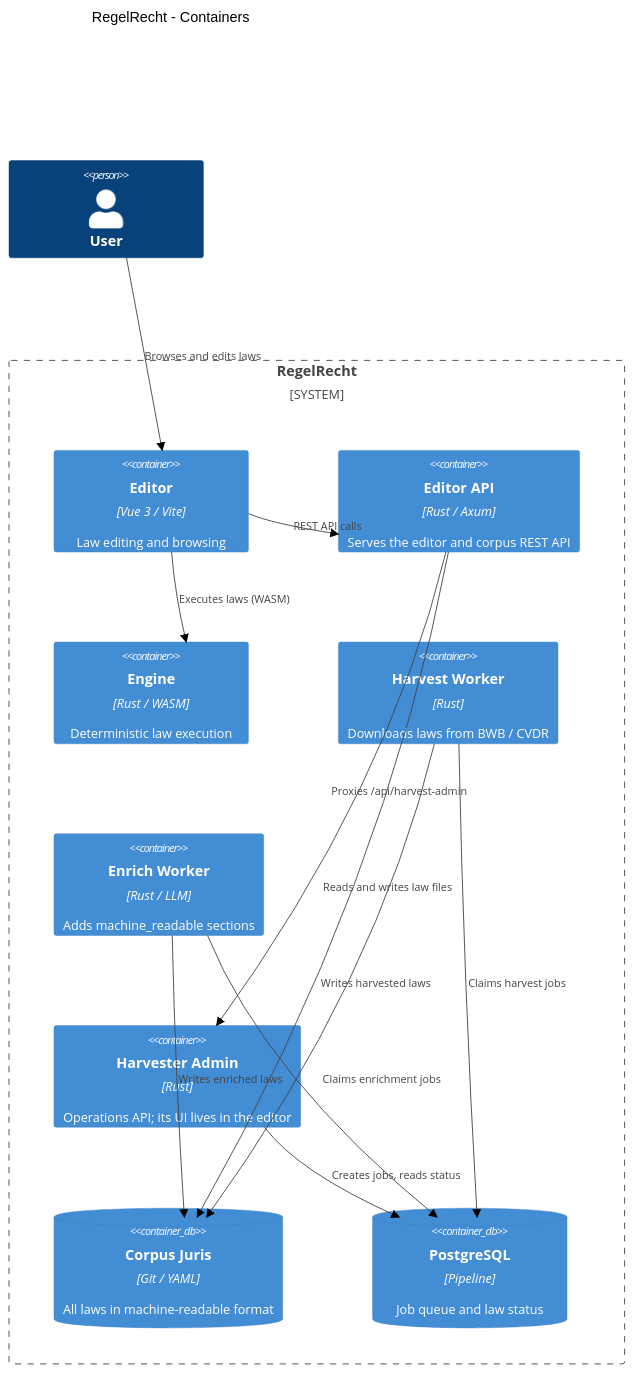
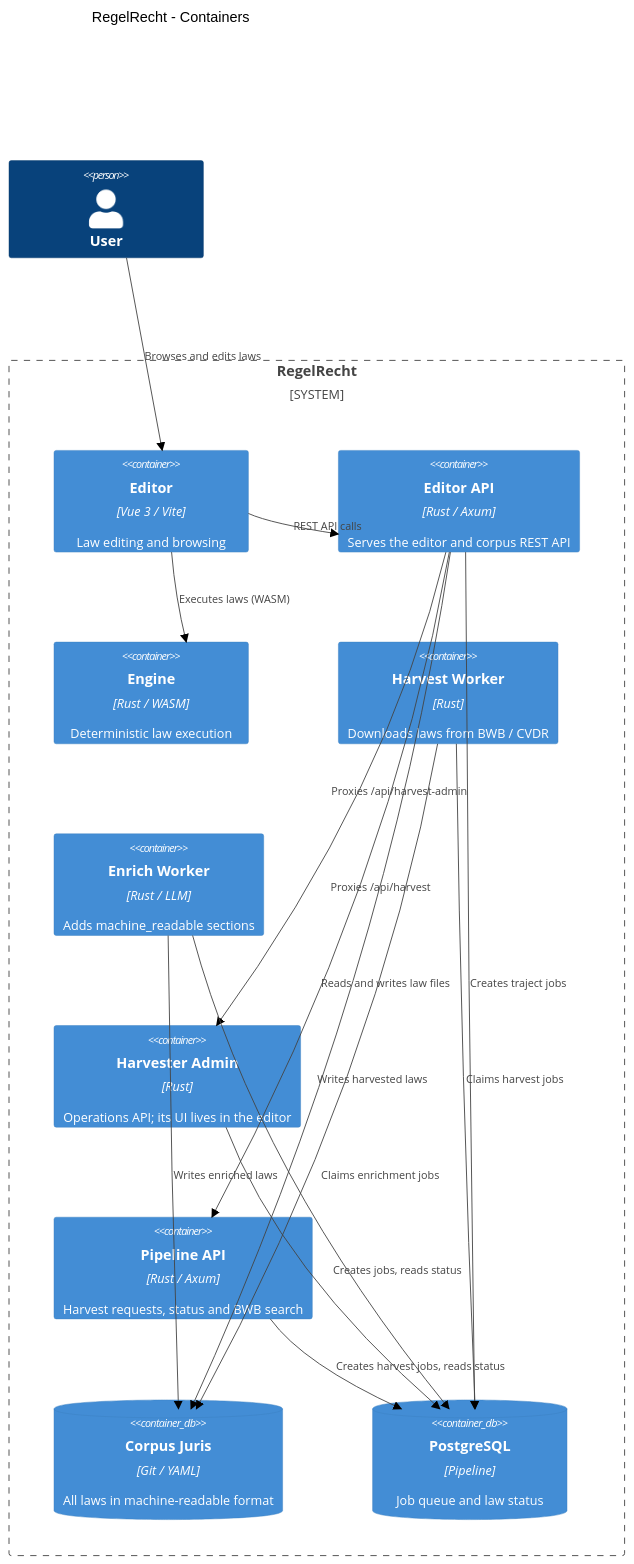
Before and after one commit to MinBZK/regelrecht: the second of 2 diagrams in docs/src/content/docs/guide/architecture.md, drawn with Mermaid (forest theme). The commit also changed other lines of this file and 6 other files, not shown here.

First line of the commit message:
docs: pipeline-api terug in het architectuuroverzicht en reviewpunten verwerkt

````diff
--- a/docs/src/content/docs/guide/architecture.md
+++ b/docs/src/content/docs/guide/architecture.md
@@ -29,28 +29,32 @@
 ```mermaid
 C4Container
     title RegelRecht - Containers
 
     Person(user, "User")
 
     System_Boundary(rr, "RegelRecht") {
         Container(editor, "Editor", "Vue 3 / Vite", "Law editing and browsing")
         Container(editorapi, "Editor API", "Rust / Axum", "Serves the editor and corpus REST API")
         Container(engine, "Engine", "Rust / WASM", "Deterministic law execution")
         Container(harvester, "Harvest Worker", "Rust", "Downloads laws from BWB / CVDR")
         Container(enrich, "Enrich Worker", "Rust / LLM", "Adds machine_readable sections")
         Container(admin, "Harvester Admin", "Rust", "Operations API; its UI lives in the editor")
+        Container(pipelineapi, "Pipeline API", "Rust / Axum", "Harvest requests, status and BWB search")
         ContainerDb(corpus, "Corpus Juris", "Git / YAML", "All laws in machine-readable format")
         ContainerDb(db, "PostgreSQL", "Pipeline", "Job queue and law status")
     }
 
     Rel(user, editor, "Browses and edits laws")
     Rel(editor, editorapi, "REST API calls")
     Rel(editor, engine, "Executes laws (WASM)")
     Rel(editorapi, corpus, "Reads and writes law files")
     Rel(editorapi, admin, "Proxies /api/harvest-admin")
+    Rel(editorapi, pipelineapi, "Proxies /api/harvest")
+    Rel(editorapi, db, "Creates traject jobs")
     Rel(admin, db, "Creates jobs, reads status")
+    Rel(pipelineapi, db, "Creates harvest jobs, reads status")
     Rel(harvester, db, "Claims harvest jobs")
     Rel(enrich, db, "Claims enrichment jobs")
     Rel(harvester, corpus, "Writes harvested laws")
     Rel(enrich, corpus, "Writes enriched laws")
 ```
````
